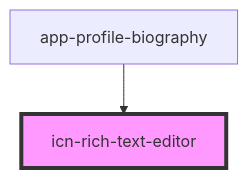
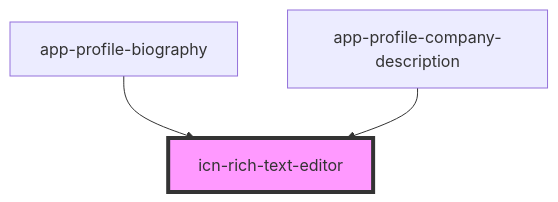
One commit to lokheed/IconEventNetwork.Web changed the diagram in iconeventnetwork-web/src/components/icn-rich-text-editor/readme.md. Above: the diagram before and after it, drawn with Mermaid. The commit also changed other lines of this file and 10 other files, not shown here.

````diff
--- a/iconeventnetwork-web/src/components/icn-rich-text-editor/readme.md
+++ b/iconeventnetwork-web/src/components/icn-rich-text-editor/readme.md
@@ -35,5 +36,6 @@
 ```mermaid
 graph TD;
   app-profile-biography --> icn-rich-text-editor
+  app-profile-company-description --> icn-rich-text-editor
   style icn-rich-text-editor fill:#f9f,stroke:#333,stroke-width:4px
 ```
````
